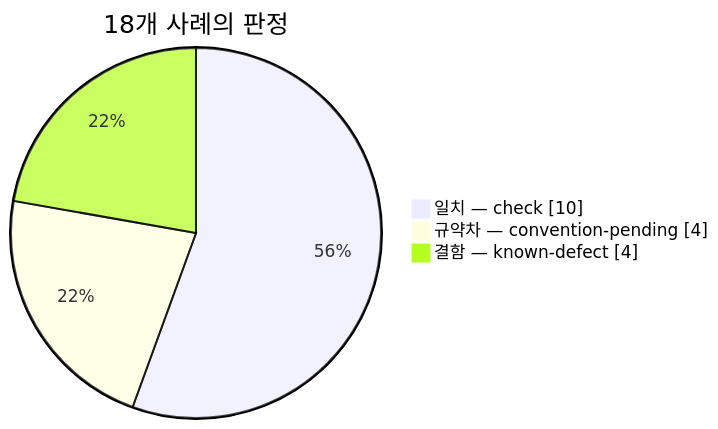
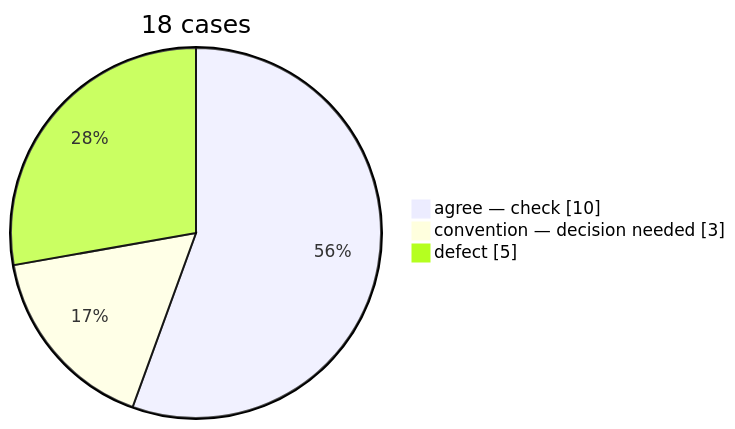
Before and after one commit to WinM2M/inferential-stats-js: the third of 4 diagrams in docs/validation/report-2026-10-06-r-crosscheck.md, drawn with Mermaid. The commit also changed other lines of this file and 20 other files, not shown here.

````diff
--- a/docs/validation/report-2026-10-06-r-crosscheck.md
+++ b/docs/validation/report-2026-10-06-r-crosscheck.md
@@ -179,7 +214,7 @@
 ```mermaid
 pie showData
-    title 18개 사례의 판정
-    "일치 — check" : 10
-    "규약차 — convention-pending" : 4
-    "결함 — known-defect" : 4
+    title 18 cases
+    "agree — check" : 10
+    "convention — decision needed" : 3
+    "defect" : 5
 ```
````
